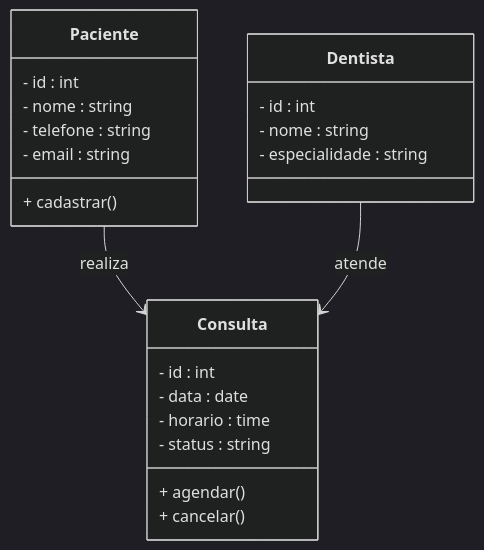
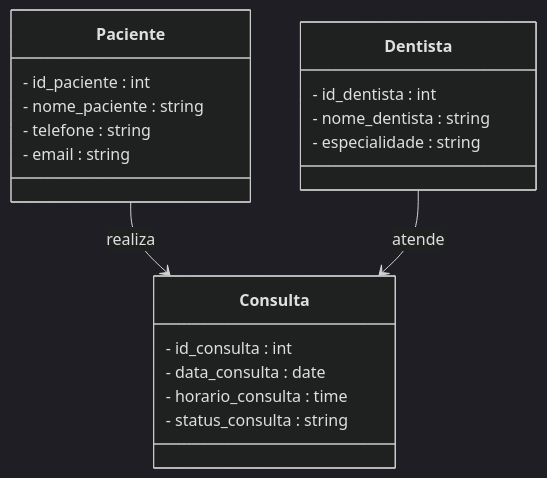
One commit to marcelacls/Sistema-de-agendamento-PHP changed the diagram in README.md. Above: the diagram before and after it, drawn with Mermaid (dark theme).

Commit message:
Update class attributes in README.md diagram

````diff
--- a/README.md
+++ b/README.md
@@ -73,29 +73,27 @@
 ```mermaid
 classDiagram
 
 class Paciente {
-  - id : int
-  - nome : string
+  - id_paciente : int
+  - nome_paciente : string
   - telefone : string
   - email : string
-  + cadastrar()
+  
 }
 
 class Dentista {
-  - id : int
-  - nome : string
+  - id_dentista : int
+  - nome_dentista : string
   - especialidade : string
 }
 
 class Consulta {
-  - id : int
-  - data : date
-  - horario : time
-  - status : string
-  + agendar()
-  + cancelar()
+  - id_consulta : int
+  - data_consulta : date
+  - horario_consulta : time
+  - status_consulta : string
 }
 
 Paciente --> Consulta : realiza
 Dentista --> Consulta : atende
 ```
````
